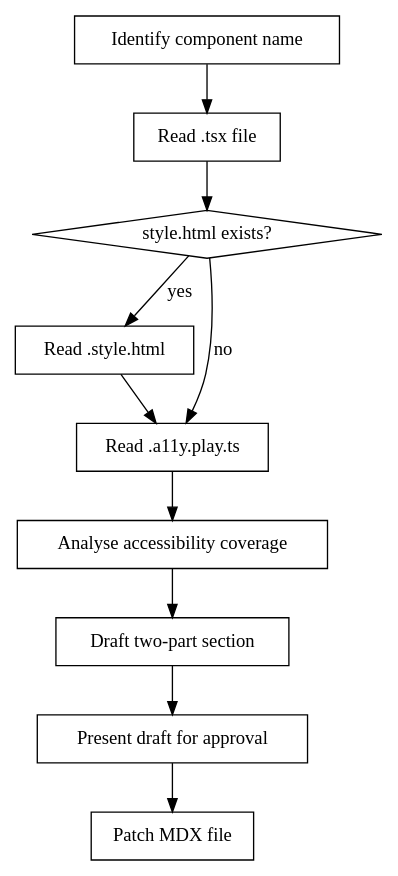
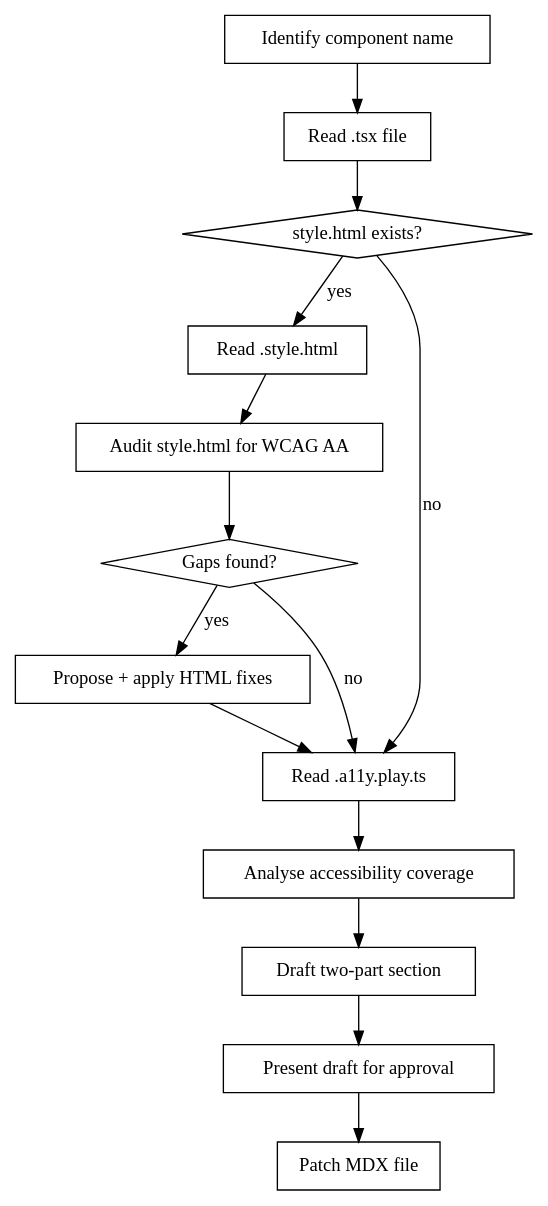
Before and after one commit to baloise/design-system: the diagram in .claude/skills/add-component-a11y-docs/SKILL.md, drawn with Graphviz. The commit also changed other lines of this file and 28 other files, not shown here.

````diff
--- a/.claude/skills/add-component-a11y-docs/SKILL.md
+++ b/.claude/skills/add-component-a11y-docs/SKILL.md
@@ -12,23 +12,30 @@
 ```dot
 digraph a11y {
   "Identify component name" [shape=box];
   "Read .tsx file" [shape=box];
   "style.html exists?" [shape=diamond];
   "Read .style.html" [shape=box];
+  "Audit style.html for WCAG AA" [shape=box];
+  "Gaps found?" [shape=diamond];
+  "Propose + apply HTML fixes" [shape=box];
   "Read .a11y.play.ts" [shape=box];
   "Analyse accessibility coverage" [shape=box];
   "Draft two-part section" [shape=box];
   "Present draft for approval" [shape=box];
   "Patch MDX file" [shape=box];
 
   "Identify component name" -> "Read .tsx file";
   "Read .tsx file" -> "style.html exists?";
   "style.html exists?" -> "Read .style.html" [label="yes"];
   "style.html exists?" -> "Read .a11y.play.ts" [label="no"];
-  "Read .style.html" -> "Read .a11y.play.ts";
+  "Read .style.html" -> "Audit style.html for WCAG AA";
+  "Audit style.html for WCAG AA" -> "Gaps found?";
+  "Gaps found?" -> "Propose + apply HTML fixes" [label="yes"];
+  "Gaps found?" -> "Read .a11y.play.ts" [label="no"];
+  "Propose + apply HTML fixes" -> "Read .a11y.play.ts";
   "Read .a11y.play.ts" -> "Analyse accessibility coverage";
   "Analyse accessibility coverage" -> "Draft two-part section";
   "Draft two-part section" -> "Present draft for approval";
   "Present draft for approval" -> "Patch MDX file";
 }
 ```
````
